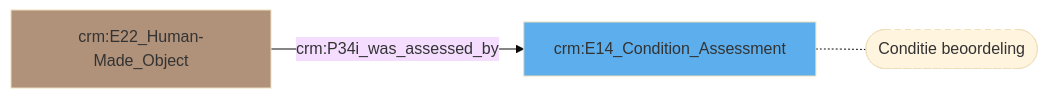
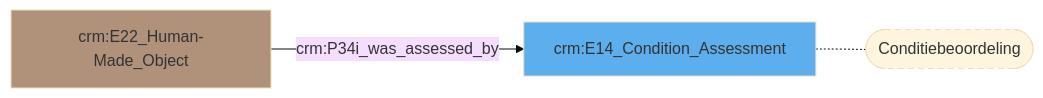
The diagram in docs/content/modellen/BibliographicalObject/FysiekeKenmerken.md (digipolisantwerpdocumentation/antwerp-cultureel-erfgoed), drawn with Mermaid (base theme) before and after one commit. The commit also changed 170 other files, not shown here.

````diff
--- a/docs/content/modellen/BibliographicalObject/FysiekeKenmerken.md
+++ b/docs/content/modellen/BibliographicalObject/FysiekeKenmerken.md
@@ -1,8 +1,8 @@
 ```mermaid
 graph LR
-099f196c-df80-11ed-9232-00163e71351b["crm:E22_Human-Made_Object"]-->|"crm:P34i_was_assessed_by"|d0818f0c-62c4-11ee-b0c4-00163e71351b["crm:E14_Condition_Assessment"]
-d0818f0c-62c4-11ee-b0c4-00163e71351b["crm:E14_Condition_Assessment"]-.-d0818f0c-62c4-11ee-b0c4-00163e71351b_s(["Conditie beoordeling"])
-style d0818f0c-62c4-11ee-b0c4-00163e71351b_s stroke-dasharray: 5
 style 099f196c-df80-11ed-9232-00163e71351b fill:#B0927A
 style d0818f0c-62c4-11ee-b0c4-00163e71351b fill:#5DAEEC
+099f196c-df80-11ed-9232-00163e71351b["crm:E22_Human-Made_Object"]-->|"crm:P34i_was_assessed_by"|d0818f0c-62c4-11ee-b0c4-00163e71351b["crm:E14_Condition_Assessment"]
+d0818f0c-62c4-11ee-b0c4-00163e71351b["crm:E14_Condition_Assessment"]-.-d0818f0c-62c4-11ee-b0c4-00163e71351b_s(["Conditiebeoordeling"])
+style d0818f0c-62c4-11ee-b0c4-00163e71351b_s stroke-dasharray: 5
 ```
````
